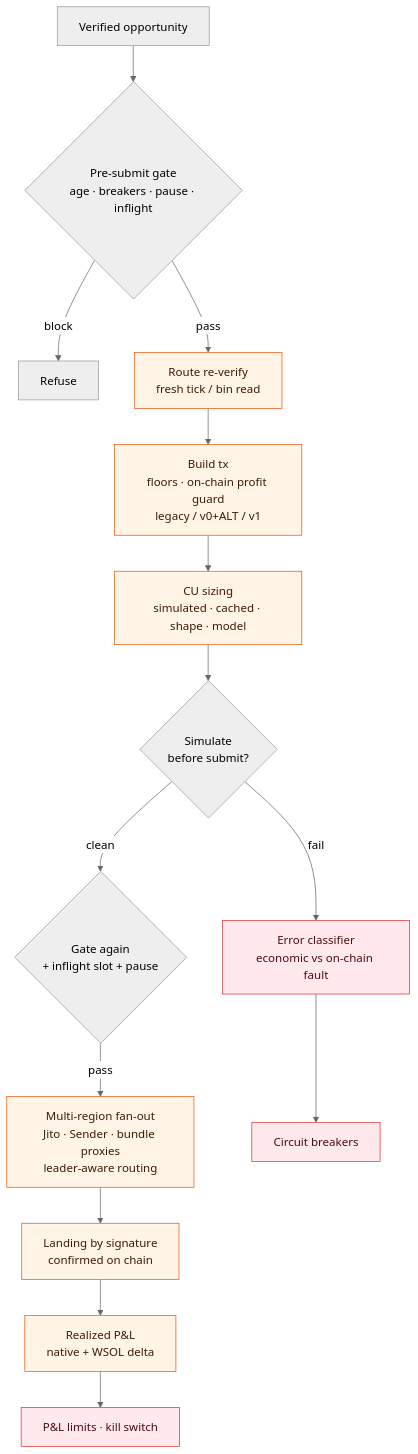
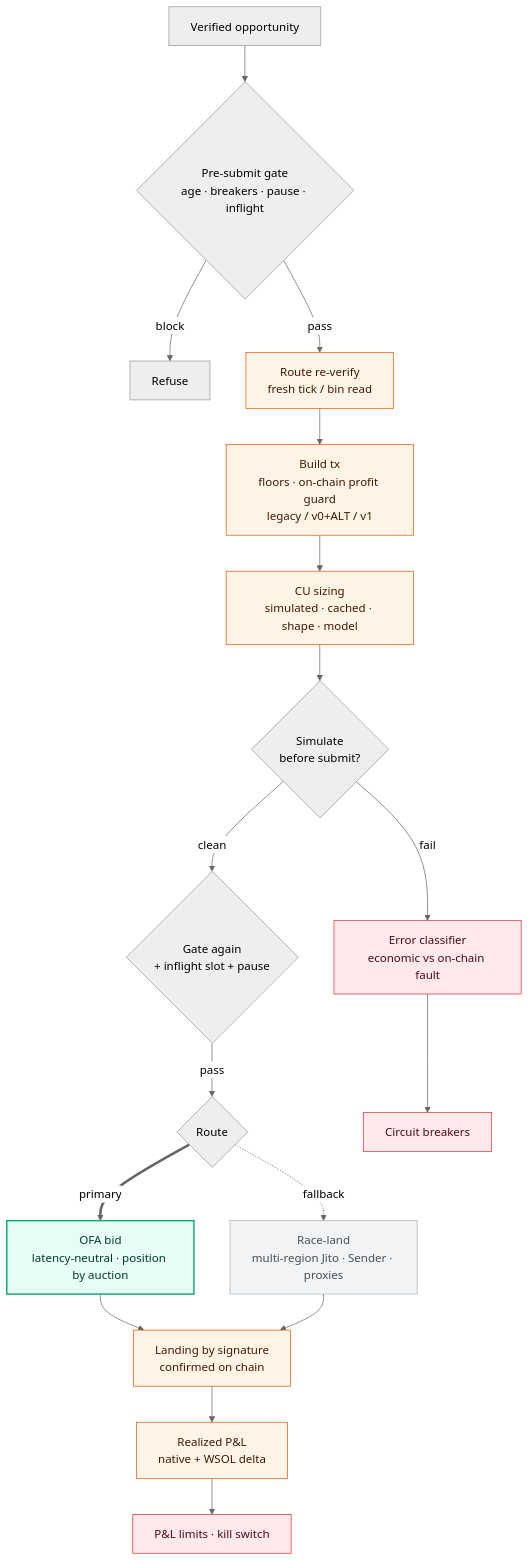
Before and after one commit to SanvidPathak/solana-mev-searcher: the fourth of 4 diagrams in docs/ARCHITECTURE.md, drawn with Mermaid (neutral theme). The commit also changed other lines of this file and 1 other file, not shown here.

Commit message:
docs: OFA-first routing — primary orderflow-auction route, shred-reactive fallback (HLD + LLD + README)

````diff
--- a/docs/ARCHITECTURE.md
+++ b/docs/ARCHITECTURE.md
@@ -184,21 +178,28 @@
 ```mermaid
 flowchart TB
   OPP["Verified opportunity"] --> G1{Pre-submit gate<br/>age · breakers · pause · inflight}
   G1 -->|block| STOP["Refuse"]
   G1 -->|pass| VER["Route re-verify<br/>fresh tick / bin read"]
   VER --> BLD["Build tx<br/>floors · on-chain profit guard<br/>legacy / v0+ALT / v1"]
   BLD --> CU["CU sizing<br/>simulated · cached · shape · model"]
   CU --> SIM{Simulate<br/>before submit?}
   SIM -->|fail| CL["Error classifier<br/>economic vs on-chain fault"]
   SIM -->|clean| G2{Gate again<br/>+ inflight slot + pause}
-  G2 -->|pass| FAN["Multi-region fan-out<br/>Jito · Sender · bundle proxies<br/>leader-aware routing"]
-  FAN --> CFM["Landing by signature<br/>confirmed on chain"]
+  G2 -->|pass| RT{Route}
+  RT ==>|primary| BID["OFA bid<br/>latency-neutral · position by auction"]
+  RT -.->|fallback| RACE["Race-land<br/>multi-region Jito · Sender · proxies"]
+  BID --> CFM["Landing by signature<br/>confirmed on chain"]
+  RACE --> CFM
   CFM --> PNL["Realized P&amp;L<br/>native + WSOL delta"]
   PNL --> LIM["P&amp;L limits · kill switch"]
   CL --> BRK["Circuit breakers"]
 
   classDef exe fill:#fff4e6,stroke:#e8590c,color:#3d1a05;
   classDef saf fill:#ffe9ec,stroke:#e03131,color:#4d0a12;
-  class VER,BLD,CU,FAN,CFM,PNL exe;
+  classDef prim fill:#e6fcf5,stroke:#0ca678,color:#063b2e,stroke-width:2px;
+  classDef fb fill:#f1f3f5,stroke:#adb5bd,color:#495057;
+  class VER,BLD,CU,CFM,PNL exe;
+  class BID prim;
+  class RACE fb;
   class CL,BRK,LIM saf;
 ```
````
